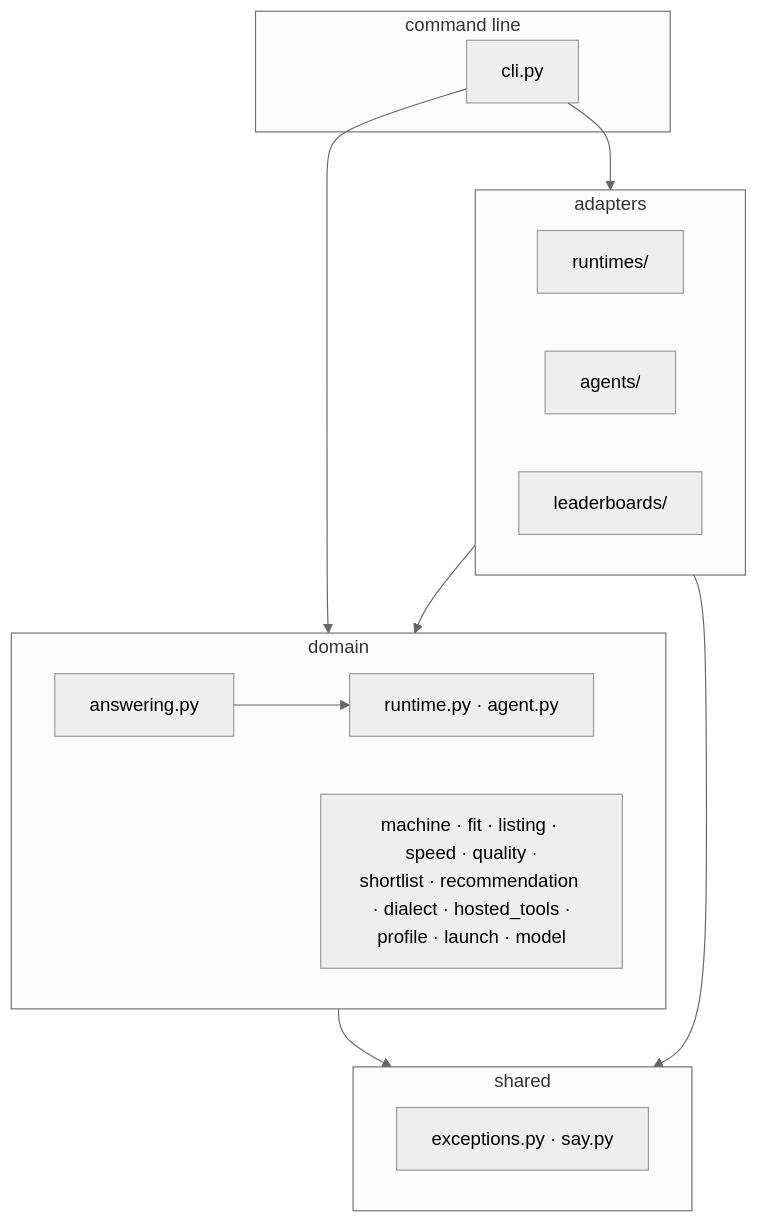
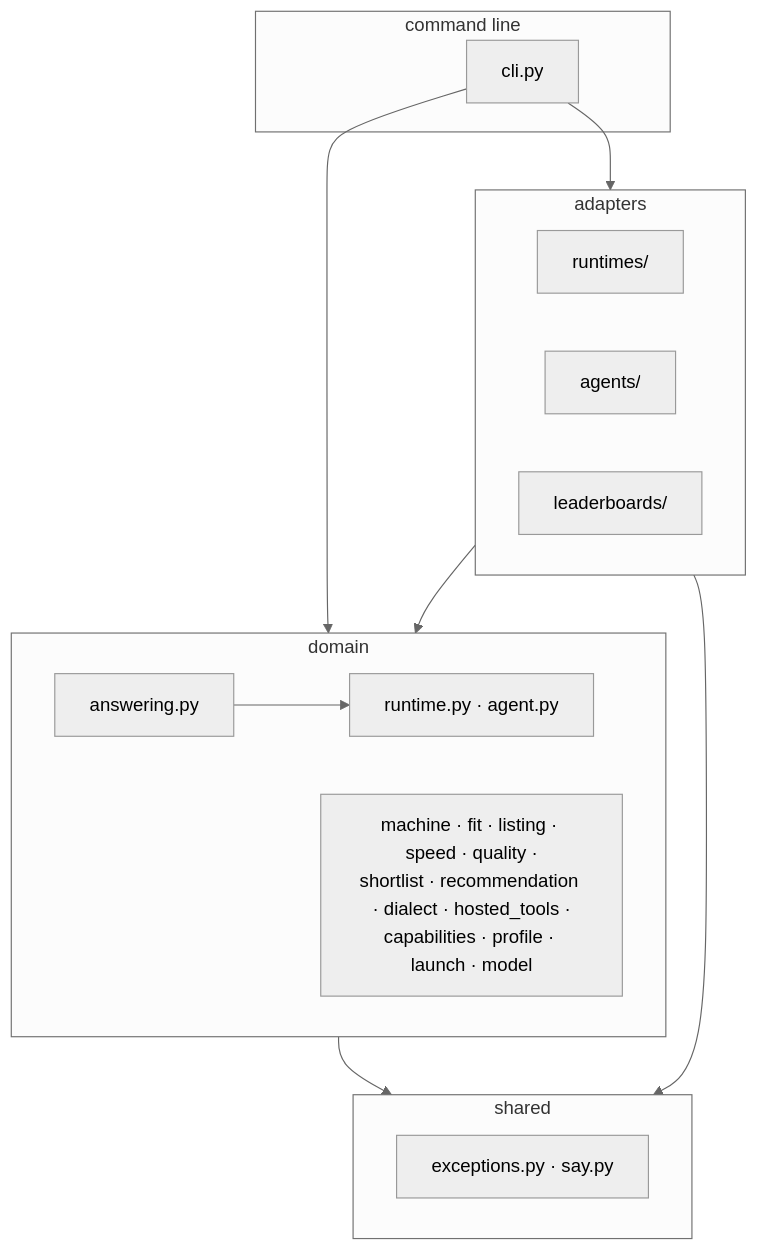
One commit to pvardanis/offgrid changed the first of 3 diagrams in docs/architecture.md. Above: the diagram before and after it, drawn with Mermaid (neutral theme). The commit also changed other lines of this file and 4 other files, not shown here.

````diff
--- a/docs/architecture.md
+++ b/docs/architecture.md
@@ -13,26 +13,26 @@
 ```mermaid
 flowchart TD
     subgraph cmd [command line]
         cli[cli.py]
     end
     subgraph adapters [adapters]
         rt["runtimes/"]
         ag["agents/"]
         lb["leaderboards/"]
     end
     subgraph domain [domain]
         answering[answering.py]
         ports["runtime.py · agent.py"]
-        rest["machine · fit · listing · speed · quality ·<br/>shortlist · recommendation · dialect · hosted_tools ·<br/>profile · launch · model"]
+        rest["machine · fit · listing · speed · quality ·<br/>shortlist · recommendation · dialect · hosted_tools ·<br/>capabilities · profile · launch · model"]
     end
     subgraph shared [shared]
         sh["exceptions.py · say.py"]
     end
 
     cli --> adapters
     cli --> domain
     adapters --> domain
     domain --> shared
     adapters --> shared
     answering --> ports
 ```
````
